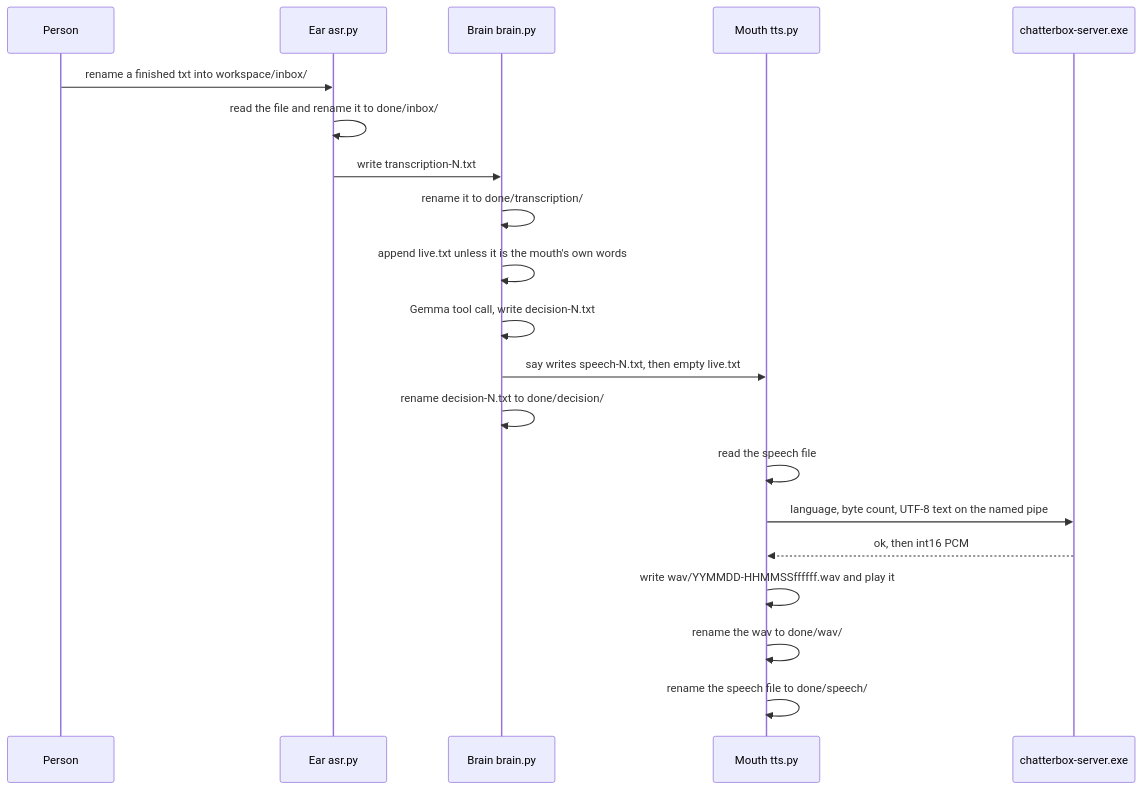
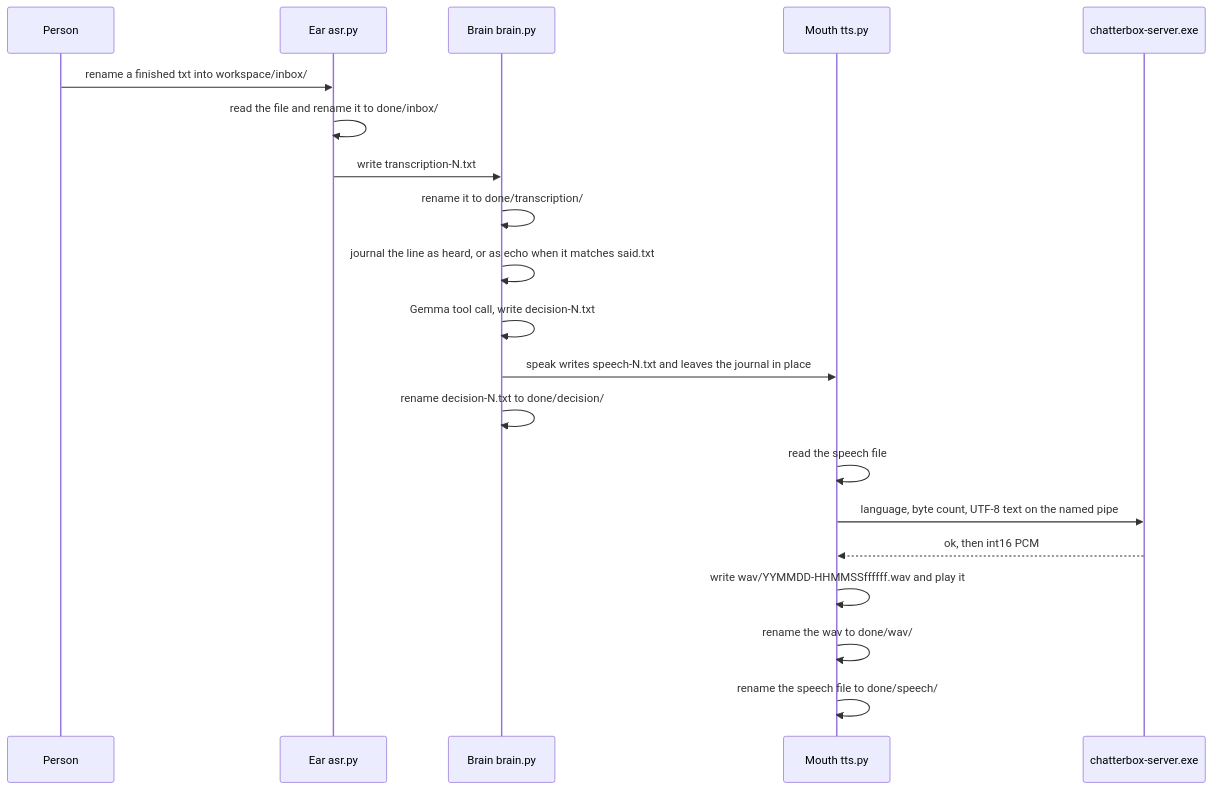
One commit to wgabrys88/Trident changed the third of 6 diagrams in README.md. Above: the diagram before and after it, drawn with Mermaid. The commit also changed other lines of this file and 3 other files, not shown here.

````diff
--- a/README.md
+++ b/README.md
@@ -287,22 +287,22 @@
 ```mermaid
 sequenceDiagram
   participant Person
   participant Ear as Ear asr.py
   participant Brain as Brain brain.py
   participant Mouth as Mouth tts.py
   participant Server as chatterbox-server.exe
   Person->>Ear: rename a finished txt into workspace/inbox/
   Ear->>Ear: read the file and rename it to done/inbox/
   Ear->>Brain: write transcription-N.txt
   Brain->>Brain: rename it to done/transcription/
-  Brain->>Brain: append live.txt unless it is the mouth's own words
+  Brain->>Brain: journal the line as heard, or as echo when it matches said.txt
   Brain->>Brain: Gemma tool call, write decision-N.txt
-  Brain->>Mouth: say writes speech-N.txt, then empty live.txt
+  Brain->>Mouth: speak writes speech-N.txt and leaves the journal in place
   Brain->>Brain: rename decision-N.txt to done/decision/
   Mouth->>Mouth: read the speech file
   Mouth->>Server: language, byte count, UTF-8 text on the named pipe
   Server-->>Mouth: ok, then int16 PCM
   Mouth->>Mouth: write wav/YYMMDD-HHMMSSffffff.wav and play it
   Mouth->>Mouth: rename the wav to done/wav/
   Mouth->>Mouth: rename the speech file to done/speech/
 ```
````
